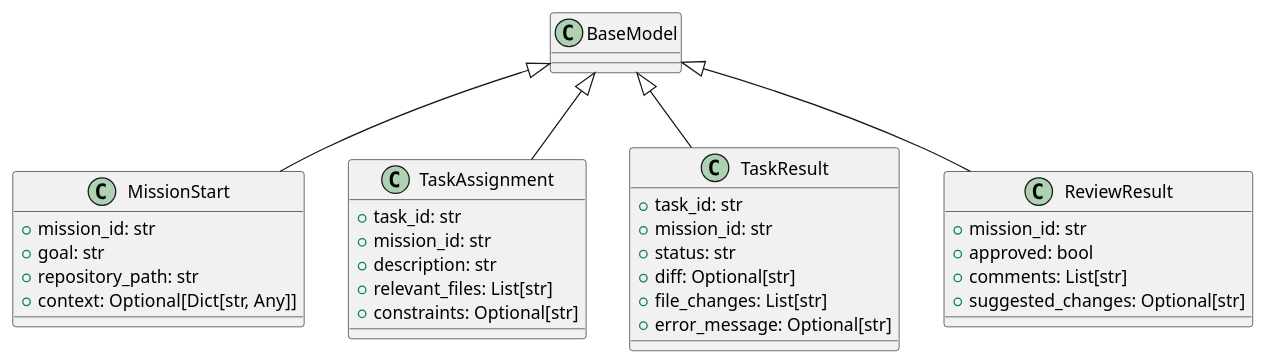
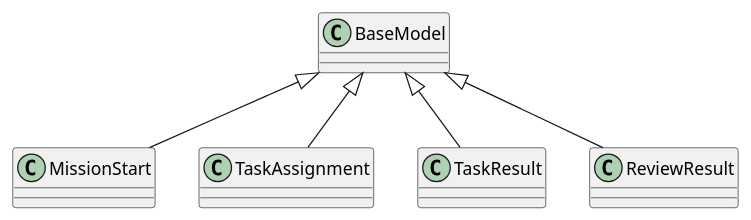
One commit to lgcorzo/llmops-python-package changed the diagram in openwiki/src/autogen_team/infrastructure/messaging/a2a_protocol.md. Above: the diagram before and after it, drawn with PlantUML. The commit also changed other lines of this file and 77 other files, not shown here.

````diff
--- a/openwiki/src/autogen_team/infrastructure/messaging/a2a_protocol.md
+++ b/openwiki/src/autogen_team/infrastructure/messaging/a2a_protocol.md
@@ -55,35 +95,16 @@
 ```plantuml
 @startuml
-    BaseModel <|-- MissionStart
-    class MissionStart {
-        +mission_id: str
-        +goal: str
-        +repository_path: str
-        +context: Optional[Dict[str, Any]]
-    }
-    BaseModel <|-- TaskAssignment
-    class TaskAssignment {
-        +task_id: str
-        +mission_id: str
-        +description: str
-        +relevant_files: List[str]
-        +constraints: Optional[str]
-    }
-    BaseModel <|-- TaskResult
-    class TaskResult {
-        +task_id: str
-        +mission_id: str
-        +status: str
-        +diff: Optional[str]
-        +file_changes: List[str]
-        +error_message: Optional[str]
-    }
-    BaseModel <|-- ReviewResult
-    class ReviewResult {
-        +mission_id: str
-        +approved: bool
-        +comments: List[str]
-        +suggested_changes: Optional[str]
-    }
+class MissionStart {
+}
+BaseModel <|-- MissionStart
+class TaskAssignment {
+}
+BaseModel <|-- TaskAssignment
+class TaskResult {
+}
+BaseModel <|-- TaskResult
+class ReviewResult {
+}
+BaseModel <|-- ReviewResult
 @enduml
 ```
````
